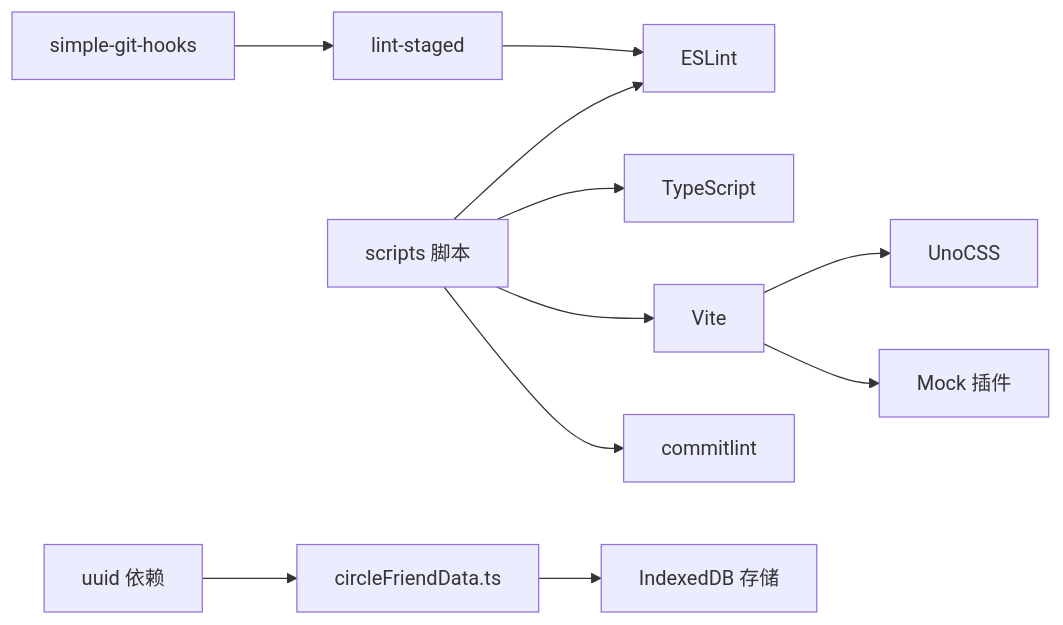
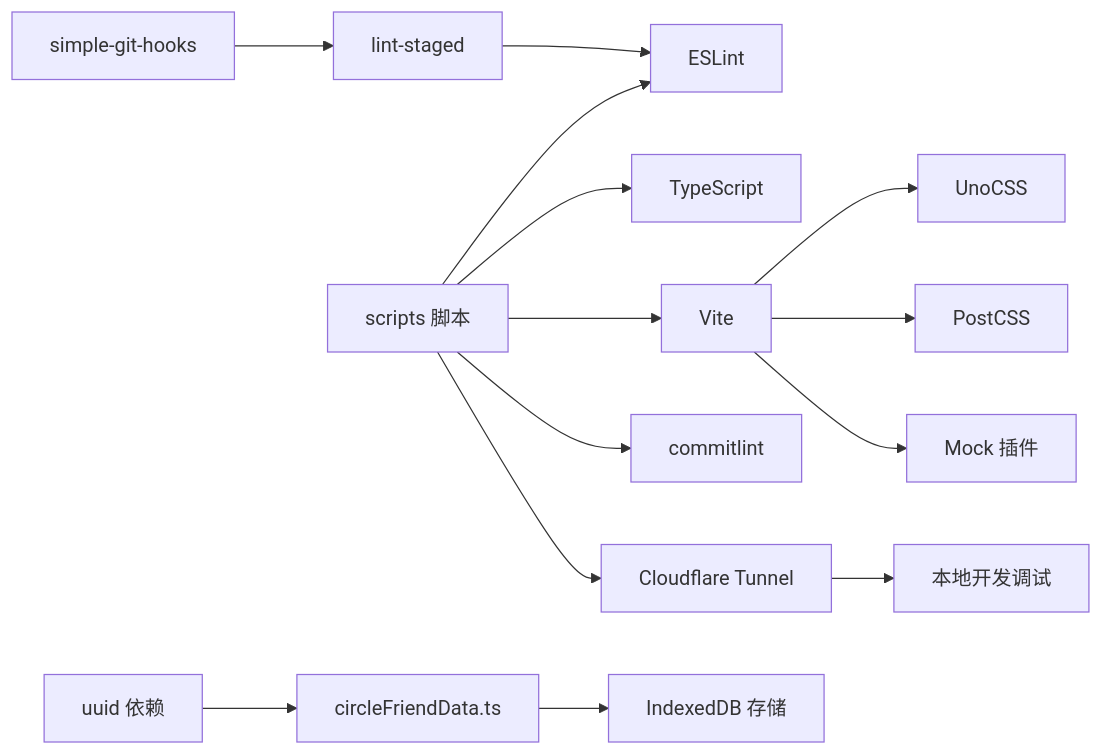
Before and after one commit to giserman001/vue3-vant4-mobile: the tenth of 10 diagrams in .qoder/repowiki/zh/content/开发工具与规范/开发工具与规范.md, drawn with Mermaid. The commit also changed other lines of this file and 13 other files, not shown here.

````diff
--- a/.qoder/repowiki/zh/content/开发工具与规范/开发工具与规范.md
+++ b/.qoder/repowiki/zh/content/开发工具与规范/开发工具与规范.md
@@ -330,13 +388,16 @@
 ```mermaid
 graph LR
 Scripts["scripts 脚本"] --> ESL["ESLint"]
 Scripts --> TS["TypeScript"]
 Scripts --> Vite["Vite"]
 Scripts --> CL["commitlint"]
+Scripts --> Cloudflare["Cloudflare Tunnel"]
 Hooks["simple-git-hooks"] --> LS["lint-staged"]
 LS --> ESL
 Vite --> Uno["UnoCSS"]
+Vite --> Post["PostCSS"]
 Vite --> Mock["Mock 插件"]
+Cloudflare --> Dev["本地开发调试"]
 UUID["uuid 依赖"] --> CF["circleFriendData.ts"]
 CF --> DB["IndexedDB 存储"]
 ```
````
